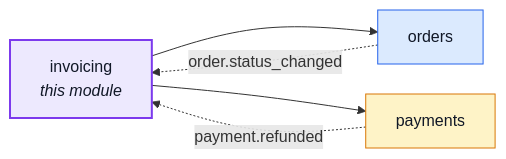
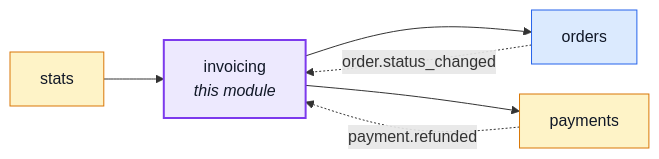
One commit to Guebbit/boilerplate-node-backend changed the first of 4 diagrams in docs/modules/invoicing.md. Above: the diagram before and after it, drawn with Mermaid. The commit also changed other lines of this file and 56 other files, not shown here.

````diff
--- a/docs/modules/invoicing.md
+++ b/docs/modules/invoicing.md
@@ -18,20 +18,22 @@
 ```mermaid
 %%{init: {'flowchart': {'nodeSpacing': 30, 'rankSpacing': 60}}}%%
 flowchart LR
     invoicing["invoicing<br/><i>this module</i>"]
     orders["orders"]
     payments["payments"]
+    stats["stats"]
 
+    stats --> invoicing
     invoicing --> orders
     invoicing --> payments
     orders -. "order.status_changed" .-> invoicing
     payments -. "payment.refunded" .-> invoicing
 
     classDef core fill:#dbeafe,stroke:#2563eb,color:#111827;
     classDef supporting fill:#fef3c7,stroke:#d97706,color:#111827;
     classDef generic fill:#dcfce7,stroke:#16a34a,color:#111827;
     classDef centre fill:#ede9fe,stroke:#7c3aed,stroke-width:2px,color:#111827;
     class orders core;
-    class payments supporting;
+    class payments,stats supporting;
     class invoicing centre;
 ```
````
